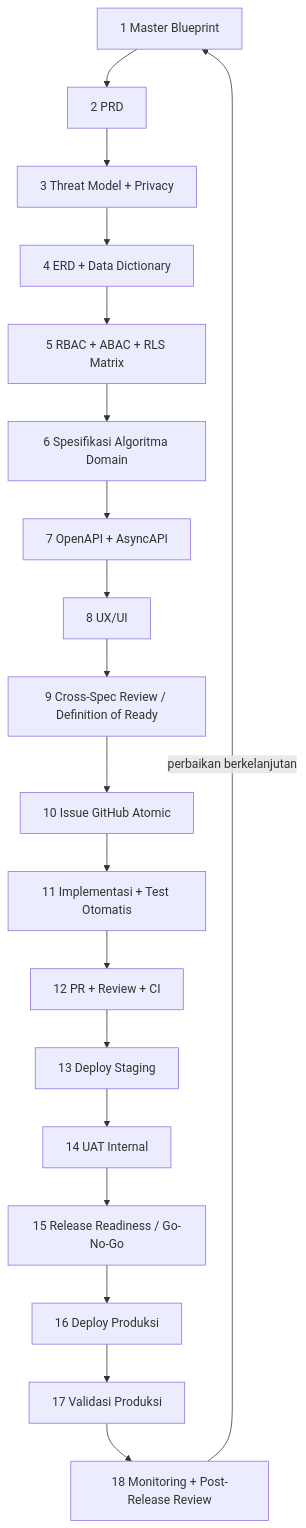
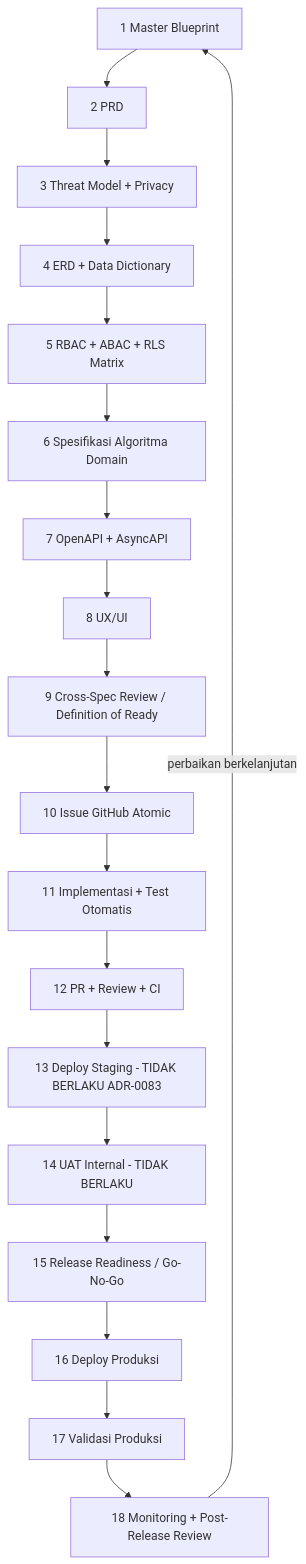
Before and after one commit to ahliweb/awcms: the diagram in docs/awcms/alur-pengembangan.md, drawn with Mermaid. The commit also changed other lines of this file and 2 other files, not shown here.

First line of the commit message:
docs: langkah 13/14 adalah KEPUTUSAN (ADR-0083 tetap), bukan konflik terbuka

````diff
--- a/docs/awcms/alur-pengembangan.md
+++ b/docs/awcms/alur-pengembangan.md
@@ -19,21 +19,21 @@
 ```mermaid
 flowchart TD
   S1[1 Master Blueprint] --> S2[2 PRD]
   S2 --> S3[3 Threat Model + Privacy]
   S3 --> S4[4 ERD + Data Dictionary]
   S4 --> S5[5 RBAC + ABAC + RLS Matrix]
   S5 --> S6[6 Spesifikasi Algoritma Domain]
   S6 --> S7[7 OpenAPI + AsyncAPI]
   S7 --> S8[8 UX/UI]
   S8 --> S9[9 Cross-Spec Review / Definition of Ready]
   S9 --> S10[10 Issue GitHub Atomic]
   S10 --> S11[11 Implementasi + Test Otomatis]
   S11 --> S12[12 PR + Review + CI]
-  S12 --> S13[13 Deploy Staging]
-  S13 --> S14[14 UAT Internal]
+  S12 --> S13[13 Deploy Staging - TIDAK BERLAKU ADR-0083]
+  S13 --> S14[14 UAT Internal - TIDAK BERLAKU]
   S14 --> S15[15 Release Readiness / Go-No-Go]
   S15 --> S16[16 Deploy Produksi]
   S16 --> S17[17 Validasi Produksi]
   S17 --> S18[18 Monitoring + Post-Release Review]
   S18 -->|perbaikan berkelanjutan| S1
 ```
````
